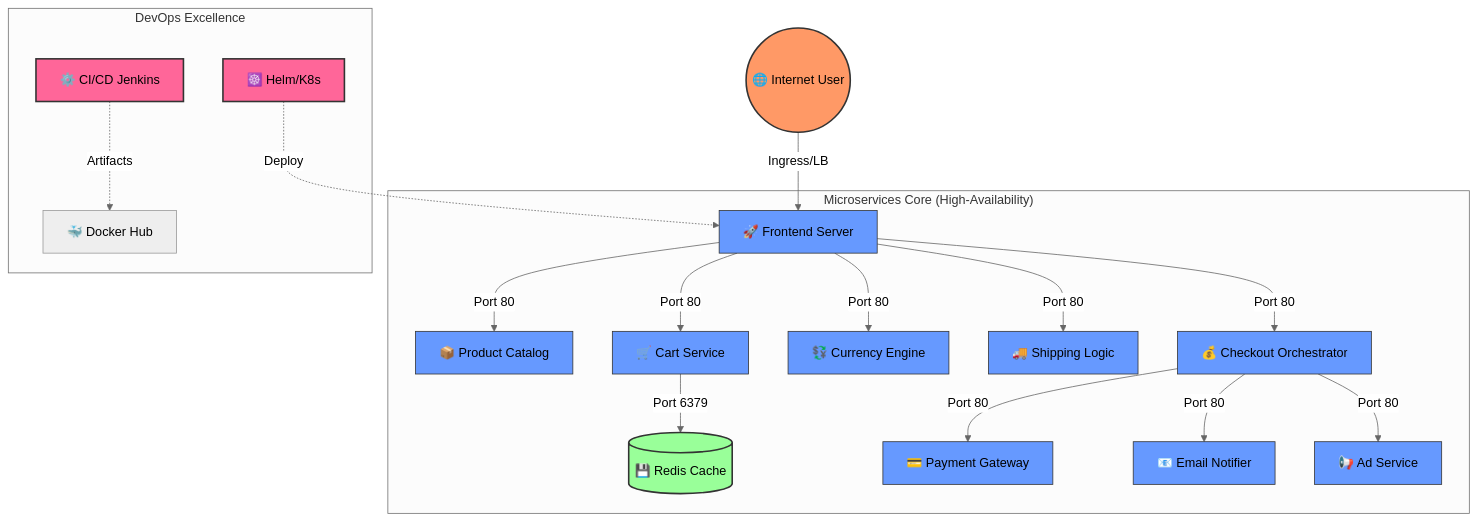
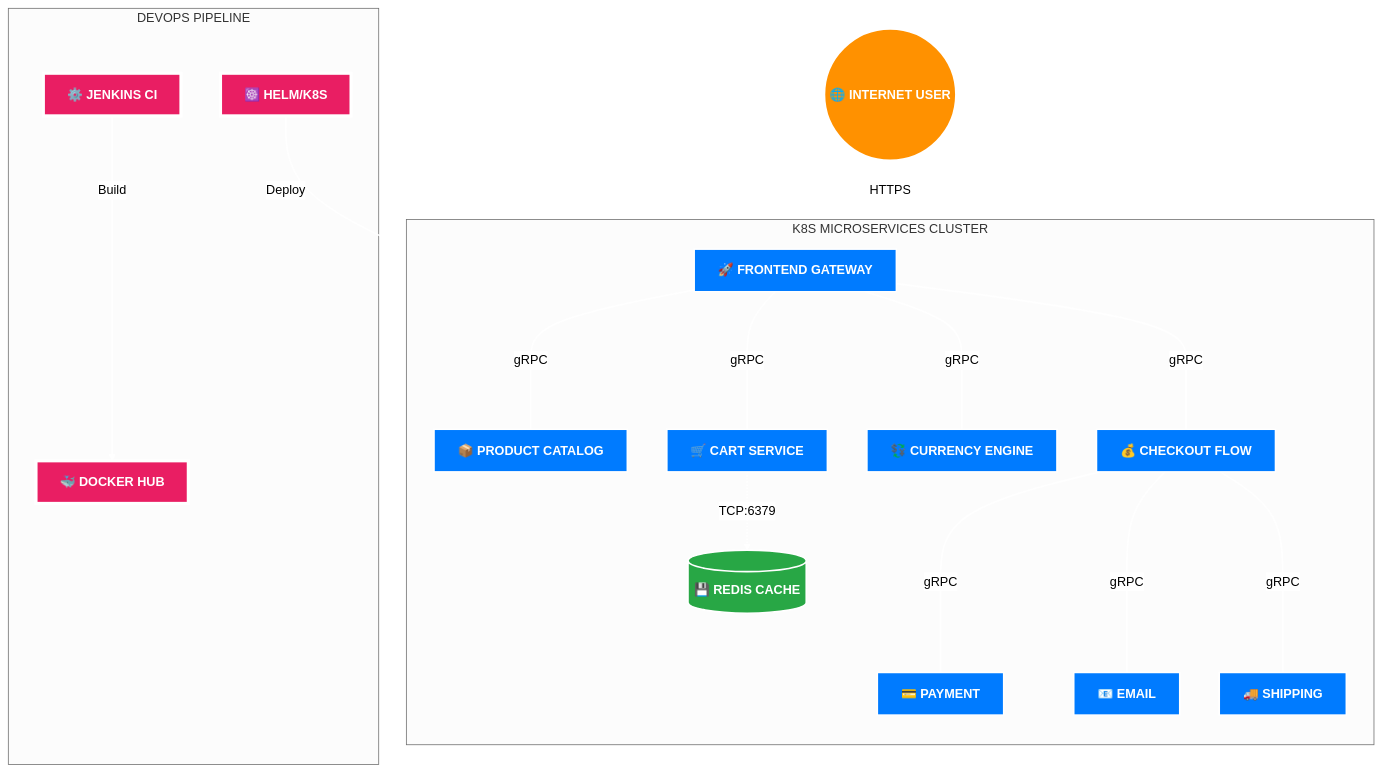
The second of 2 diagrams in README.md (rakeshkolipakaace/Microservices-e-commerce), drawn with Mermaid (neutral theme) before and after one commit. The commit also changed other lines of this file, not shown here.

Commit message:
DOCS: Final High-Visibility diagram upgrade

````diff
--- a/README.md
+++ b/README.md
@@ -44,29 +42,32 @@
 ```mermaid
 flowchart TD
-    %% Styling
-    classDef external fill:#f96,stroke:#333,stroke-width:2px;
-    classDef internal fill:#69f,stroke:#333,stroke-width:1px;
-    classDef database fill:#9f9,stroke:#333,stroke-width:2px;
-    classDef devops fill:#f69,stroke:#333,stroke-width:2px;
+    %% Styling for visibility
+    classDef ext fill:#FF9100,stroke:#fff,stroke-width:4px,color:#fff,font-weight:bold;
+    classDef core fill:#007BFF,stroke:#fff,stroke-width:2px,color:#fff,font-weight:bold;
+    classDef db fill:#28A745,stroke:#fff,stroke-width:2px,color:#fff,font-weight:bold;
+    classDef tools fill:#E91E63,stroke:#fff,stroke-width:4px,color:#fff,font-weight:bold;
 
-    User((🌐 Internet User)):::external -->|Ingress/LB| Frontend[🚀 Frontend Server]:::internal
+    User((🌐 INTERNET USER)):::ext -->|HTTPS| Frontend[🚀 FRONTEND GATEWAY]:::core
     
-    subgraph "Microservices Core (High-Availability)"
-        Frontend -->|Port 80| Catalog[📦 Product Catalog]:::internal
-        Frontend -->|Port 80| Cart[🛒 Cart Service]:::internal
-        Frontend -->|Port 80| Currency[💱 Currency Engine]:::internal
-        Frontend -->|Port 80| Shipping[🚚 Shipping Logic]:::internal
+    subgraph "K8S MICROSERVICES CLUSTER"
+        direction TB
+        Frontend ====|gRPC| Catalog[📦 PRODUCT CATALOG]:::core
+        Frontend ====|gRPC| Cart[🛒 CART SERVICE]:::core
+        Frontend ====|gRPC| Currency[💱 CURRENCY ENGINE]:::core
+        Frontend ====|gRPC| Checkout[💰 CHECKOUT FLOW]:::core
         
-        Cart -->|Port 6379| Redis[(💾 Redis Cache)]:::database
+        Cart -.->|TCP:6379| Redis[(💾 REDIS CACHE)]:::db
         
-        Frontend -->|Port 80| Checkout[💰 Checkout Orchestrator]:::internal
-        Checkout -->|Port 80| Payment[💳 Payment Gateway]:::internal
-        Checkout -->|Port 80| Email[📧 Email Notifier]:::internal
-        Checkout -->|Port 80| Ads[📢 Ad Service]:::internal
+        Checkout ====|gRPC| Payment[💳 PAYMENT]:::core
+        Checkout ====|gRPC| Email[📧 EMAIL]:::core
+        Checkout ====|gRPC| Ship[🚚 SHIPPING]:::core
     end
 
-    subgraph "DevOps Excellence"
-        Jenkins[⚙️ CI/CD Jenkins]:::devops -.->|Artifacts| Docker[🐳 Docker Hub]
-        Helm[☸️ Helm/K8s]:::devops -.->|Deploy| Frontend
+    subgraph "DEVOPS PIPELINE"
+        Jenkins[⚙️ JENKINS CI]:::tools -->|Build| Docker[🐳 DOCKER HUB]:::tools
+        Helm[☸️ HELM/K8S]:::tools -->|Deploy| Frontend
     end
+
+    %% Link styles
+    linkStyle default stroke:#fff,stroke-width:2px;
 ```
````
